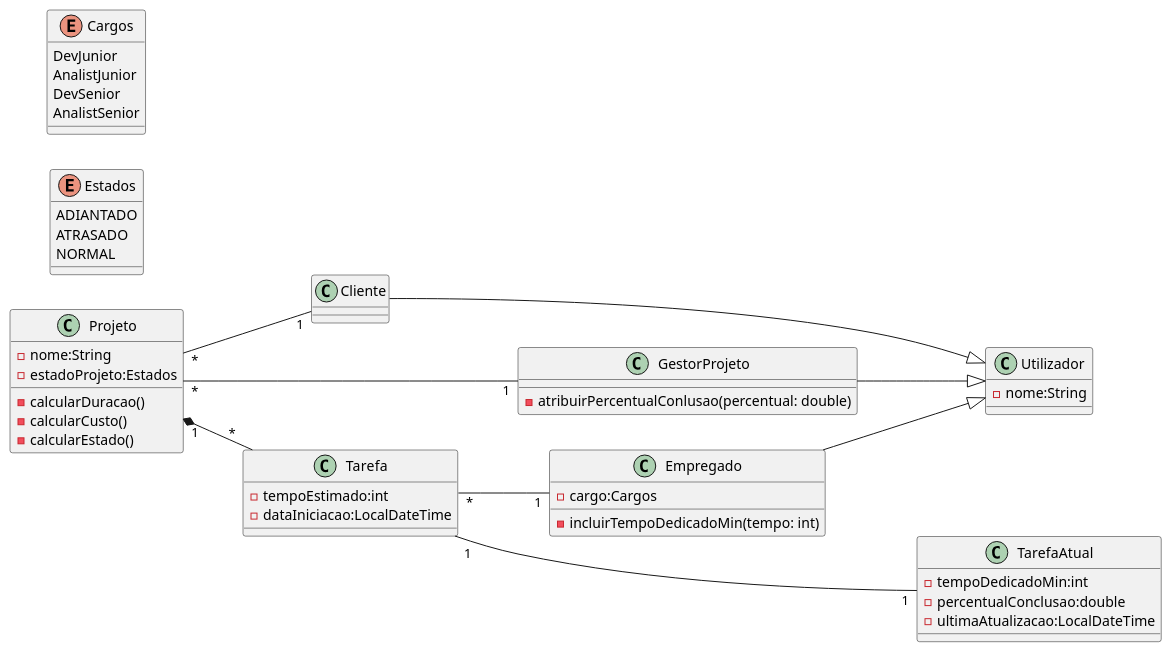
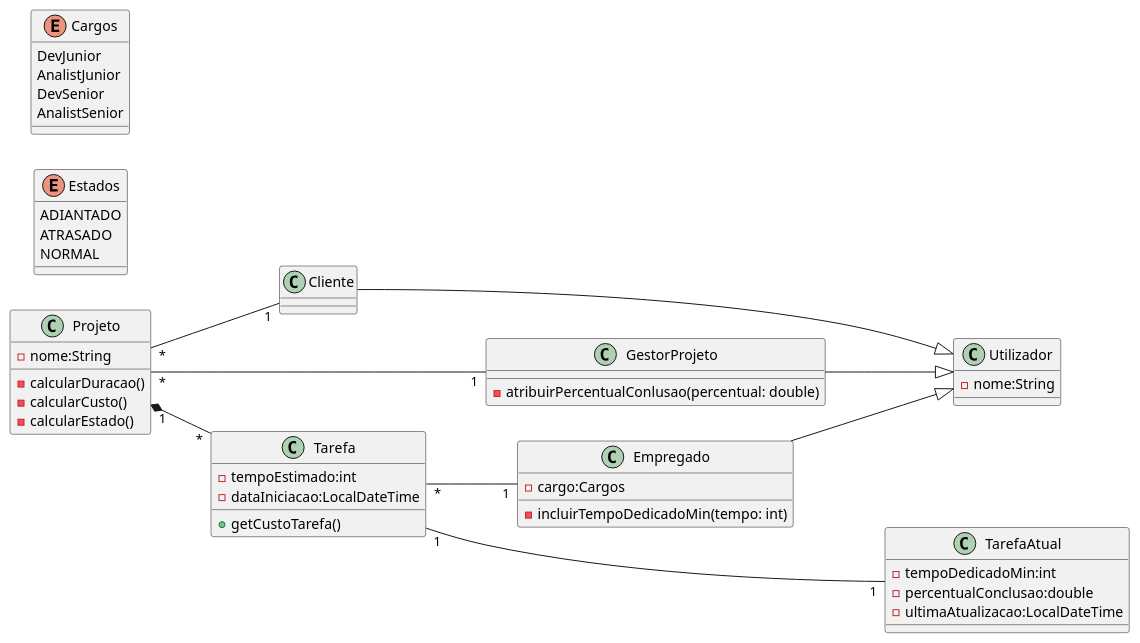
The diagram in Projeto/newmodel.puml (PedroAlmeidacode/SGP-WebService), drawn with PlantUML before and after one commit. The commit also changed 4 other files, not shown here.

```diff
--- a/Projeto/newmodel.puml
+++ b/Projeto/newmodel.puml
@@ -1,59 +1,59 @@
 @startuml
 left to right direction
 
 class Projeto{
 	- nome:String
-	- estadoProjeto:Estados 
 	- calcularDuracao()
 	- calcularCusto()
 	- calcularEstado()
 }
 
 
 class Utilizador{
     - nome:String
 }
 
 class Empregado{
 	- cargo:Cargos
  	- incluirTempoDedicadoMin(tempo: int)
 }
 
 class GestorProjeto{
 	 - atribuirPercentualConlusao(percentual: double)
 }
 
 class Tarefa{
 	- tempoEstimado:int
-	- dataIniciacao:LocalDateTime 
+	- dataIniciacao:LocalDateTime
+	+ getCustoTarefa()
 }
 
 class TarefaAtual{
 	- tempoDedicadoMin:int 
 	- percentualConclusao:double     
 	- ultimaAtualizacao:LocalDateTime
 }
 
 enum Estados{
 	ADIANTADO
 	ATRASADO
 	NORMAL
 }
 
 enum Cargos{
 	DevJunior
 	AnalistJunior
 	DevSenior
 	AnalistSenior
 }
 
 Empregado --|> Utilizador
 Cliente --|> Utilizador
 Tarefa "1" --- "1" TarefaAtual
 Projeto "*" --- "1" GestorProjeto
 Projeto "*" -- "1" Cliente
 Tarefa "*" -- "1" Empregado
 Projeto "1"  *-- "*" Tarefa
 GestorProjeto --|> Utilizador
 
 @enduml
```
